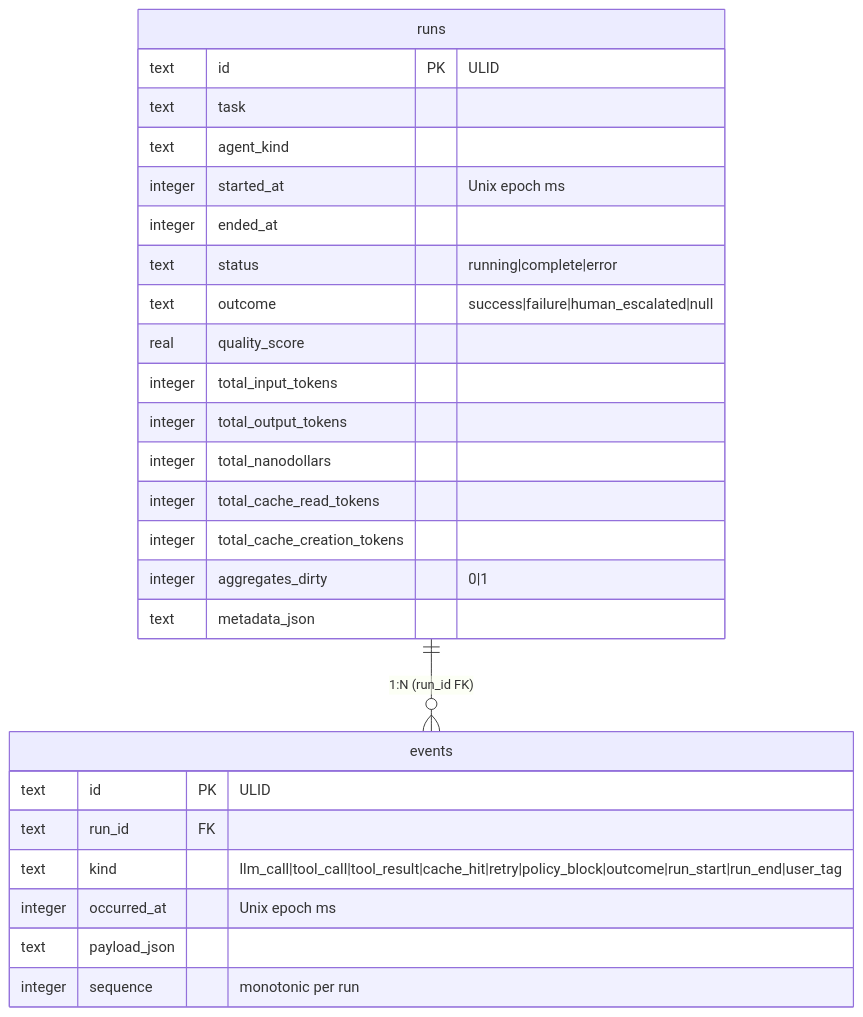
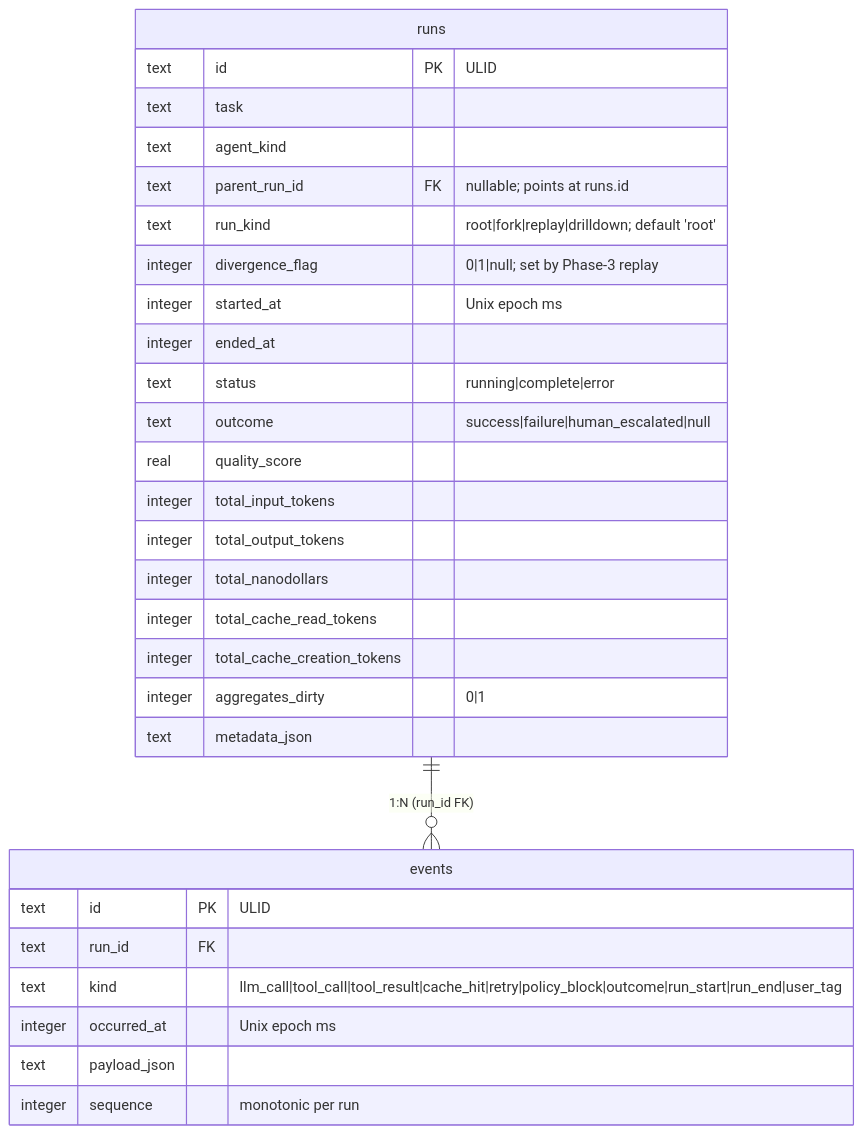
The fifth of 10 diagrams in docs/phases/phase-0-classify.md (inkfoot/InkFoot), drawn with Mermaid before and after one commit. The commit also changed other lines of this file and 8 other files, not shown here.

````diff
--- a/docs/phases/phase-0-classify.md
+++ b/docs/phases/phase-0-classify.md
@@ -454,31 +478,34 @@
 ```mermaid
 erDiagram
   runs ||--o{ events : "1:N (run_id FK)"
 
   runs {
     text id PK "ULID"
     text task
     text agent_kind
+    text parent_run_id FK "nullable; points at runs.id"
+    text run_kind "root|fork|replay|drilldown; default 'root'"
+    integer divergence_flag "0|1|null; set by Phase-3 replay"
     integer started_at "Unix epoch ms"
     integer ended_at
     text status "running|complete|error"
     text outcome "success|failure|human_escalated|null"
     real quality_score
     integer total_input_tokens
     integer total_output_tokens
     integer total_nanodollars
     integer total_cache_read_tokens
     integer total_cache_creation_tokens
     integer aggregates_dirty "0|1"
     text metadata_json
   }
 
   events {
     text id PK "ULID"
     text run_id FK
     text kind "llm_call|tool_call|tool_result|cache_hit|retry|policy_block|outcome|run_start|run_end|user_tag"
     integer occurred_at "Unix epoch ms"
     text payload_json
     integer sequence "monotonic per run"
   }
 ```
````
